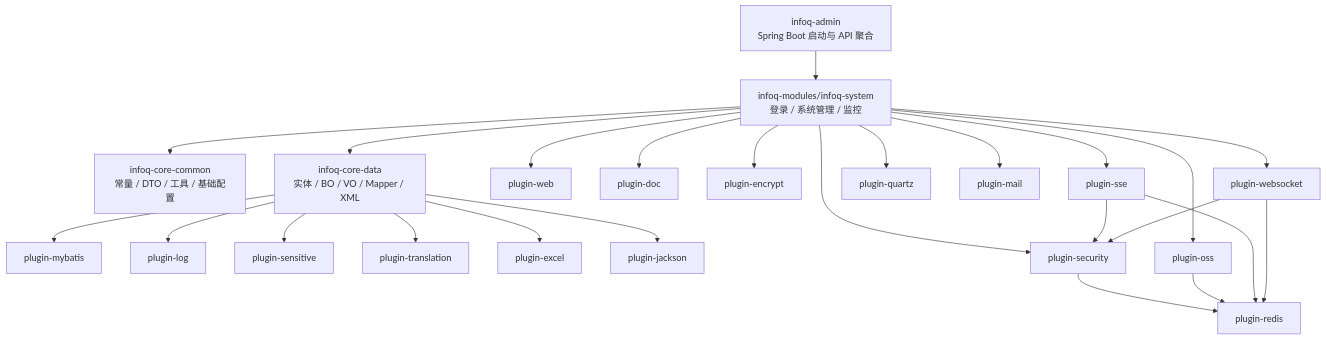
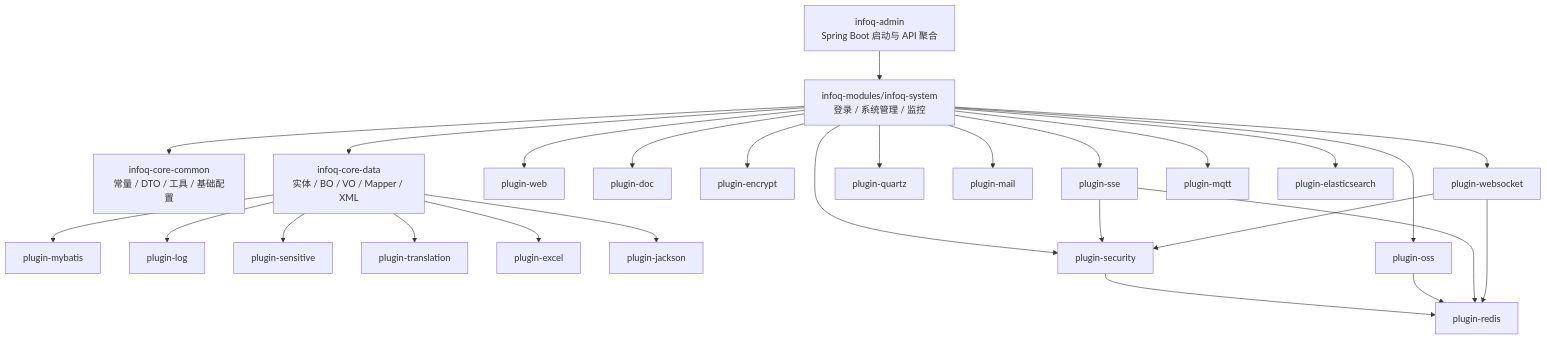
One commit to LuckyKuang/infoq-scaffold-ai changed the diagram in infoq-scaffold-backend/doc/architecture.md. Above: the diagram before and after it, drawn with Mermaid. The commit also changed other lines of this file and 71 other files, not shown here.

````diff
--- a/infoq-scaffold-backend/doc/architecture.md
+++ b/infoq-scaffold-backend/doc/architecture.md
@@ -22,52 +22,56 @@
 ```mermaid
 flowchart TB
     admin[infoq-admin<br/>Spring Boot 启动与 API 聚合]
     system[infoq-modules/infoq-system<br/>登录 / 系统管理 / 监控]
     common[infoq-core-common<br/>常量 / DTO / 工具 / 基础配置]
     data[infoq-core-data<br/>实体 / BO / VO / Mapper / XML]
 
     mybatisPlugin[plugin-mybatis]
     logPlugin[plugin-log]
     sensitivePlugin[plugin-sensitive]
     translationPlugin[plugin-translation]
     excelPlugin[plugin-excel]
     jacksonPlugin[plugin-jackson]
 
     securityPlugin[plugin-security]
     redisPlugin[plugin-redis]
     webPlugin[plugin-web]
     ossPlugin[plugin-oss]
     docPlugin[plugin-doc]
     encryptPlugin[plugin-encrypt]
     ssePlugin[plugin-sse]
     quartzPlugin[plugin-quartz]
     mailPlugin[plugin-mail]
     websocketPlugin[plugin-websocket]
+    mqttPlugin[plugin-mqtt]
+    elasticsearchPlugin[plugin-elasticsearch]
 
     admin --> system
     system --> common
     system --> data
     system --> securityPlugin
     system --> webPlugin
     system --> ossPlugin
     system --> docPlugin
     system --> encryptPlugin
     system --> ssePlugin
     system --> quartzPlugin
     system --> mailPlugin
     system --> websocketPlugin
+    system --> mqttPlugin
+    system --> elasticsearchPlugin
 
     securityPlugin --> redisPlugin
     ossPlugin --> redisPlugin
     ssePlugin --> redisPlugin
     websocketPlugin --> redisPlugin
     ssePlugin --> securityPlugin
     websocketPlugin --> securityPlugin
 
     data --> mybatisPlugin
     data --> logPlugin
     data --> sensitivePlugin
     data --> translationPlugin
     data --> excelPlugin
     data --> jacksonPlugin
 ```
````
